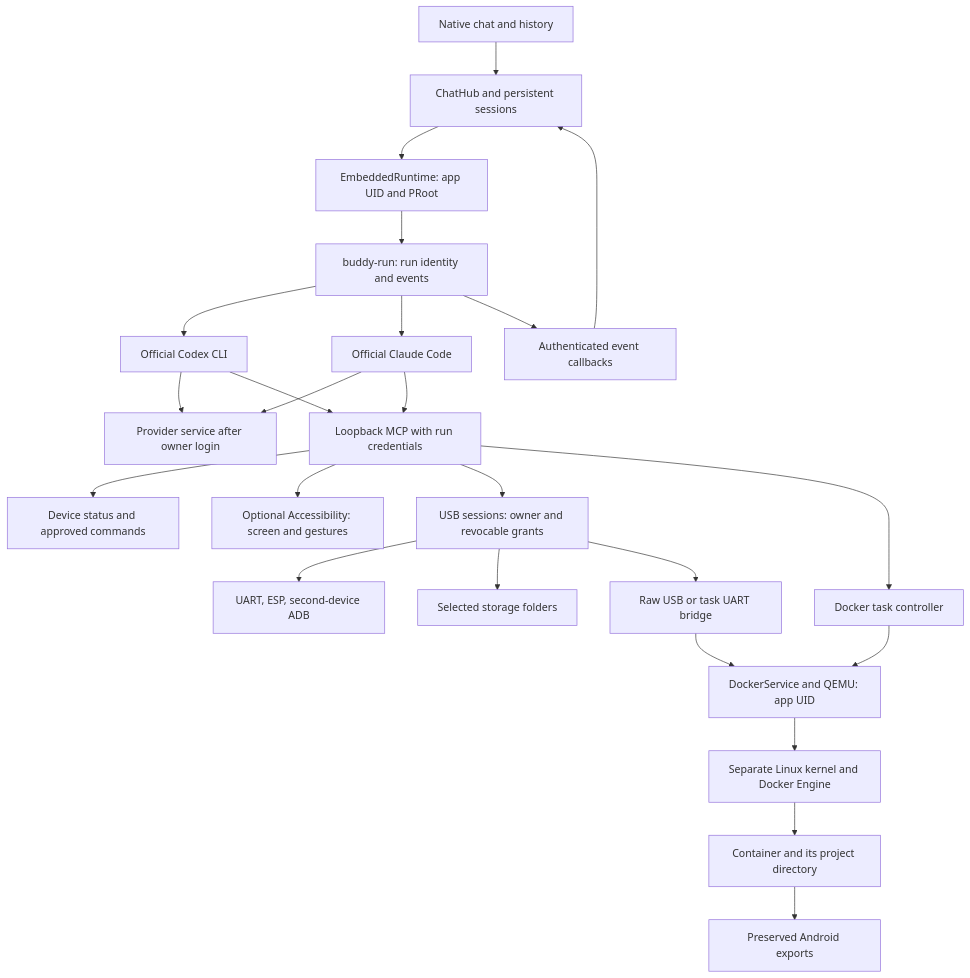
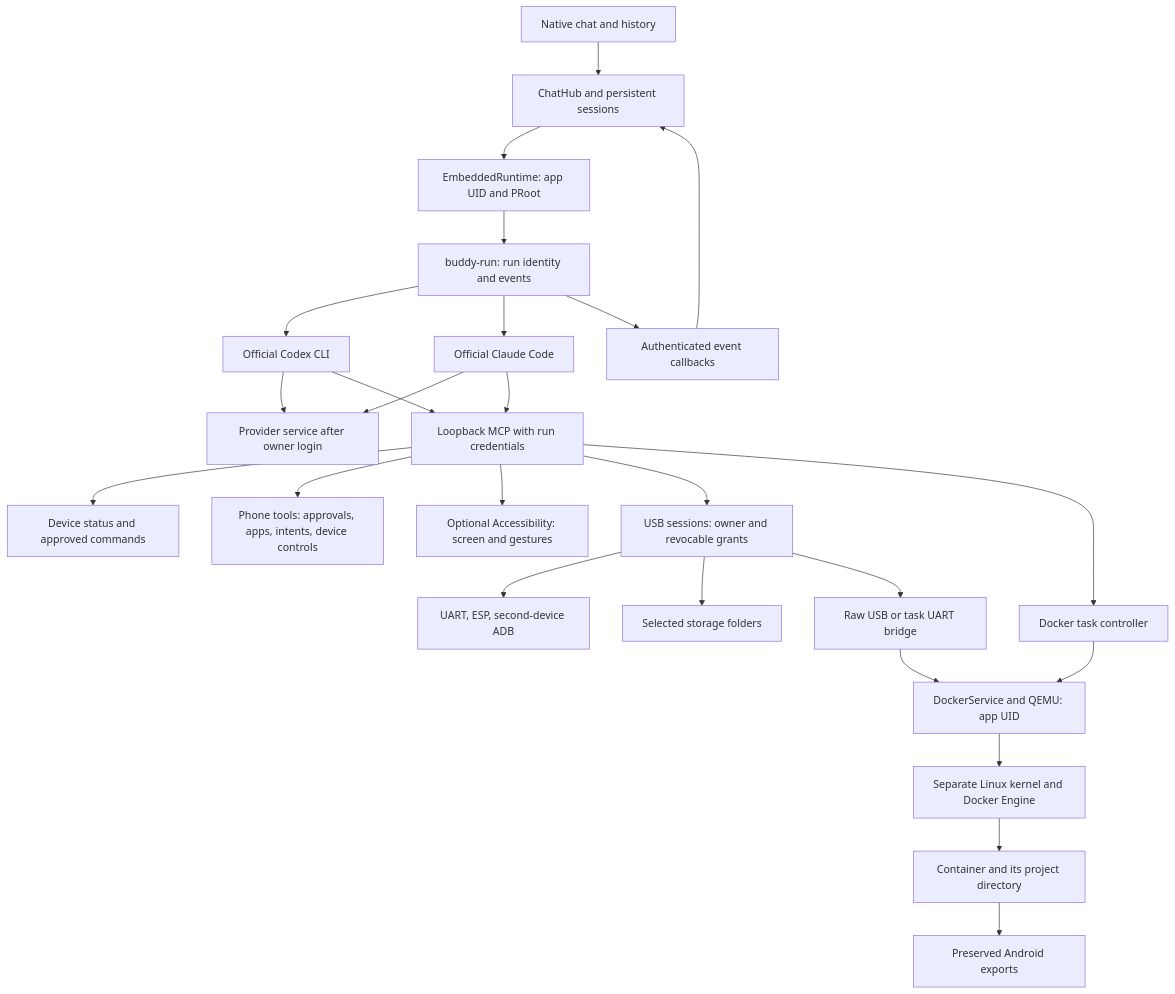
One commit to mateuszsury/androidagent changed the diagram in docs/ARCHITECTURE.md. Above: the diagram before and after it, drawn with Mermaid. The commit also changed 13 other files, not shown here.

````diff
--- a/docs/ARCHITECTURE.md
+++ b/docs/ARCHITECTURE.md
@@ -7,26 +7,27 @@
 ```mermaid
 flowchart TD
   UI[Native chat and history] --> HUB[ChatHub and persistent sessions]
   HUB --> RUNTIME[EmbeddedRuntime: app UID and PRoot]
   RUNTIME --> HELPER[buddy-run: run identity and events]
   HELPER --> CODEX[Official Codex CLI]
   HELPER --> CLAUDE[Official Claude Code]
   CODEX --> MODEL[Provider service after owner login]
   CLAUDE --> MODEL
   CODEX --> MCP[Loopback MCP with run credentials]
   CLAUDE --> MCP
   HELPER --> EVENTS[Authenticated event callbacks]
   EVENTS --> HUB
   MCP --> STATE[Device status and approved commands]
+  MCP --> PHONE[Phone tools: approvals, apps, intents, device controls]
   MCP --> ACCESS[Optional Accessibility: screen and gestures]
   MCP --> USB[USB sessions: owner and revocable grants]
   USB --> DIRECT[UART, ESP, second-device ADB]
   USB --> SAF[Selected storage folders]
   USB --> REDIR[Raw USB or task UART bridge]
   MCP --> DOCKER[Docker task controller]
   DOCKER --> VM[DockerService and QEMU: app UID]
   REDIR --> VM
   VM --> LINUX[Separate Linux kernel and Docker Engine]
   LINUX --> TASK[Container and its project directory]
   TASK --> EXPORT[Preserved Android exports]
 ```
````
